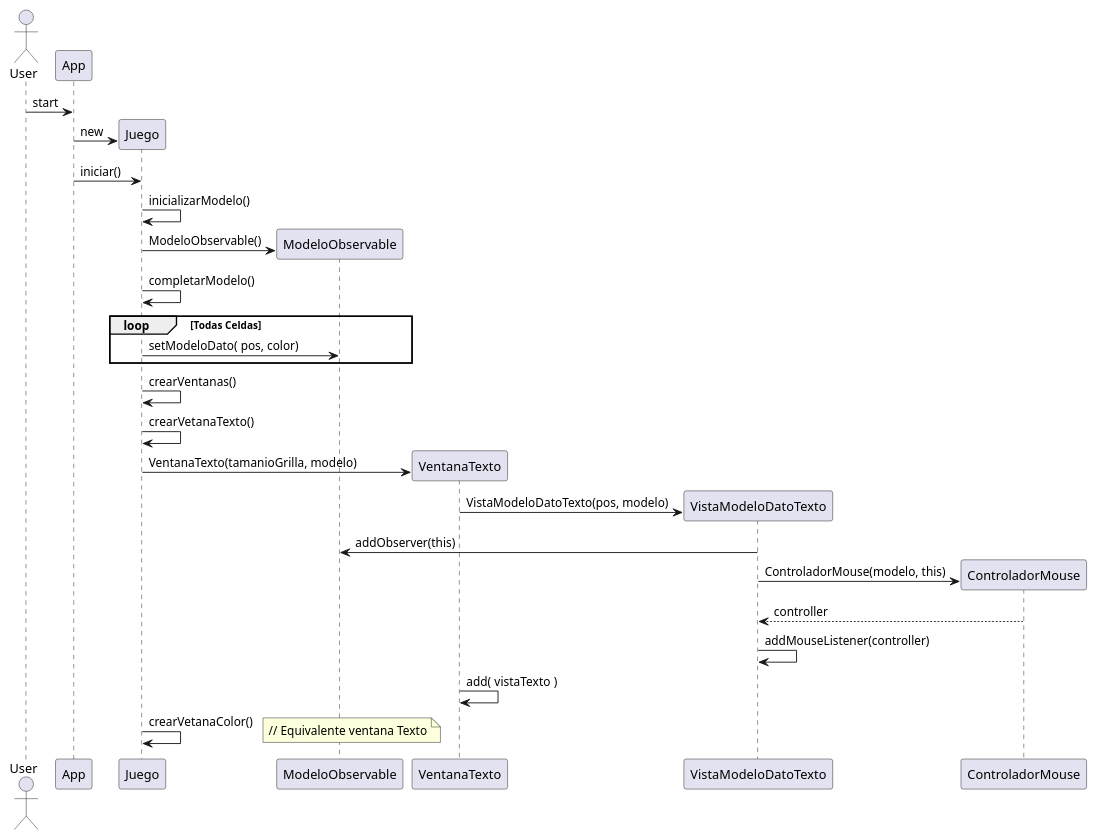
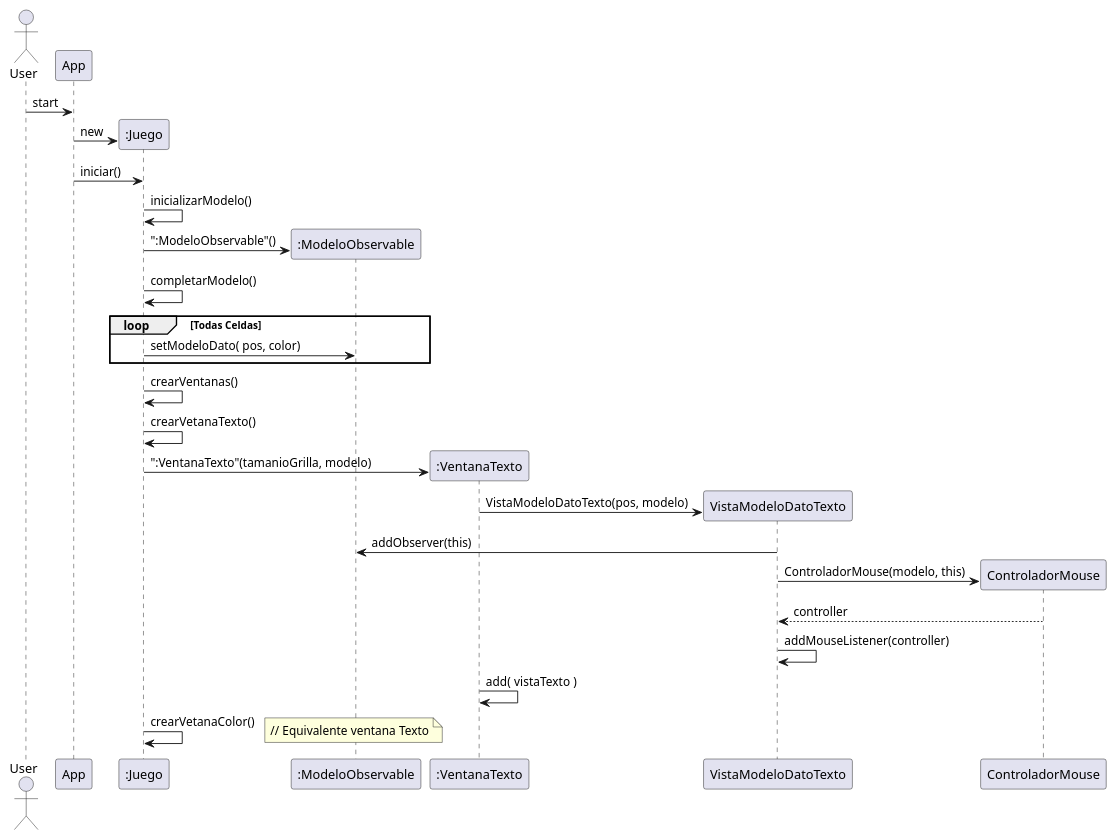
Before and after one commit to fiuba/algo3_ejemplo_mvc_colores: the diagram in diagrams/ds-inicializacion.plantuml, drawn with PlantUML. The commit also changed 13 other files, not shown here.

```diff
--- a/diagrams/ds-inicializacion.plantuml
+++ b/diagrams/ds-inicializacion.plantuml
@@ -1,40 +1,40 @@
 @startuml
 
 Actor User
 
 User -> App: start
-Create Juego
-App -> Juego: new
-App -> Juego: iniciar()
-Juego -> Juego: inicializarModelo()
+Create ":Juego"
+App -> ":Juego": new
+App -> ":Juego": iniciar()
+":Juego" -> ":Juego": inicializarModelo()
 
-Create ModeloObservable
-Juego -> ModeloObservable: ModeloObservable()
+Create ":ModeloObservable"
+":Juego" -> ":ModeloObservable": ":ModeloObservable"()
 
-Juego -> Juego: completarModelo()
+":Juego" -> ":Juego": completarModelo()
 
 loop Todas Celdas
-        Juego -> ModeloObservable: setModeloDato( pos, color)
+        ":Juego" -> ":ModeloObservable": setModeloDato( pos, color)
 end
 
-Juego -> Juego: crearVentanas()
-Juego -> Juego: crearVetanaTexto()
+":Juego" -> ":Juego": crearVentanas()
+":Juego" -> ":Juego": crearVetanaTexto()
 
-Create VentanaTexto
-Juego -> VentanaTexto: VentanaTexto(tamanioGrilla, modelo)
+Create ":VentanaTexto"
+":Juego" -> ":VentanaTexto": ":VentanaTexto"(tamanioGrilla, modelo)
 
 Create VistaModeloDatoTexto
-VentanaTexto -> VistaModeloDatoTexto: VistaModeloDatoTexto(pos, modelo)
-VistaModeloDatoTexto -> ModeloObservable: addObserver(this)
+":VentanaTexto" -> VistaModeloDatoTexto: VistaModeloDatoTexto(pos, modelo)
+VistaModeloDatoTexto -> ":ModeloObservable": addObserver(this)
 Create ControladorMouse
 VistaModeloDatoTexto -> ControladorMouse: ControladorMouse(modelo, this)
 return controller
 VistaModeloDatoTexto -> VistaModeloDatoTexto: addMouseListener(controller)
-VentanaTexto -> VentanaTexto: add( vistaTexto )
+":VentanaTexto" -> ":VentanaTexto": add( vistaTexto )
 
-Juego -> Juego: crearVetanaColor()
+":Juego" -> ":Juego": crearVetanaColor()
 note right
         // Equivalente ventana Texto
 end note
 
 @enduml
```
